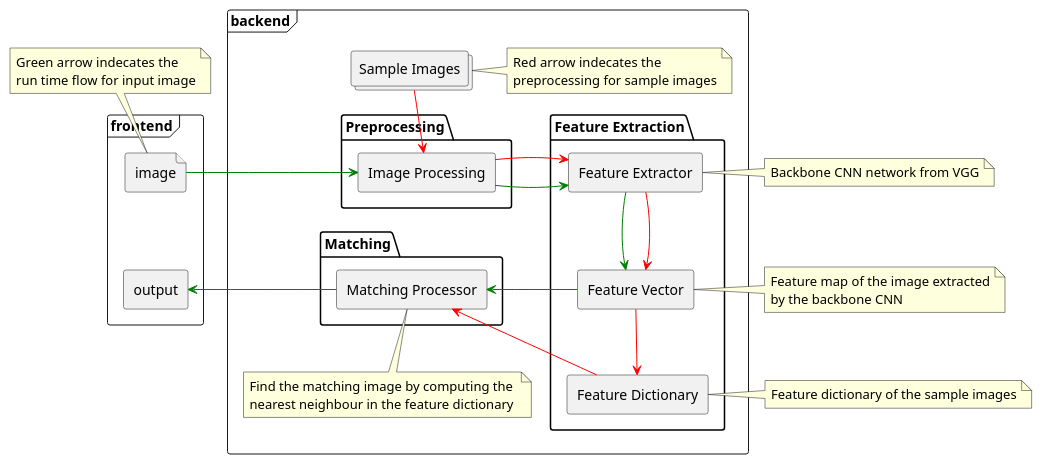
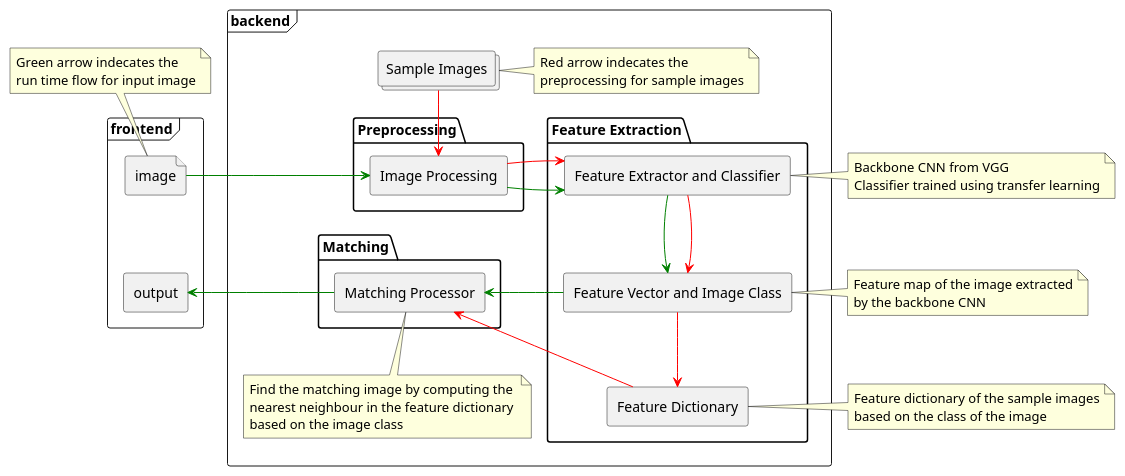
Before and after one commit to ISS-MTECH-IS-Project/IntelligentSensingSystemProject: the diagram in SystemCode/systemdesign.puml, drawn with PlantUML. The commit also changed 1 other file, not shown here.

Commit message:
chore: updated design diagram with classifier

```diff
--- a/SystemCode/systemdesign.puml
+++ b/SystemCode/systemdesign.puml
@@ -1,84 +1,87 @@
 @startuml "System Design for My App"
 
 skinparam ComponentStyle rectangle
 
 
 frame frontend{
     file image
     [output]
     image -[hidden]- [output]
 }
 
 
 frame backend {
     collections "Sample Images"
     note as R
     Red arrow indecates the 
     preprocessing for sample images
     end note
 
     package Preprocessing {
         [Image Processing]
     }
 
 
     package "Feature Extraction"{
-        [Feature Extractor]
-        [Feature Vector]
+        [Feature Extractor and Classifier]
+        [Feature Vector and Image Class]
         [Feature Dictionary]
     }
 
     package "Matching"{
         [Matching Processor]
     }
     note as MP
     Find the matching image by computing the 
     nearest neighbour in the feature dictionary
+    based on the image class
     end note
 }
 
 image->[Image Processing] #Green
 [Sample Images]-->[Image Processing] #Red
-[Image Processing] -> [Feature Extractor] #Green
-[Image Processing] -> [Feature Extractor] #Red
-[Feature Extractor]-->[Feature Vector] #Green
-[Feature Extractor]-->[Feature Vector] #Red
-[Feature Vector]-->[Feature Dictionary] #Red
+[Image Processing] -> [Feature Extractor and Classifier] #Green
+[Image Processing] -> [Feature Extractor and Classifier] #Red
+[Feature Extractor and Classifier]-->[Feature Vector and Image Class] #Green
+[Feature Extractor and Classifier]-->[Feature Vector and Image Class] #Red
+[Feature Vector and Image Class]-->[Feature Dictionary] #Red
 
-[Matching Processor]<-[Feature Vector] #Green
+[Matching Processor]<-[Feature Vector and Image Class] #Green
 [Matching Processor]<-[Feature Dictionary] #Red
 
 [output]<-[Matching Processor] #Green
 
 note as G
 Green arrow indecates the 
 run time flow for input image
 end note
 
 note as CNN
-Backbone CNN network from VGG
+Backbone CNN from VGG
+Classifier trained using transfer learning
 end note
 
 note as FM
 Feature map of the image extracted
 by the backbone CNN
 end note
 
 note as FD
 Feature dictionary of the sample images
+based on the class of the image
 end note
 
 
 
 G -- image
 [Sample Images] - R
 
-CNN - [Feature Extractor]
+CNN - [Feature Extractor and Classifier]
 
-FM - [Feature Vector]
+FM - [Feature Vector and Image Class]
 
 FD - [Feature Dictionary]
 
 [Matching Processor] -- MP
 
 @enduml
```
